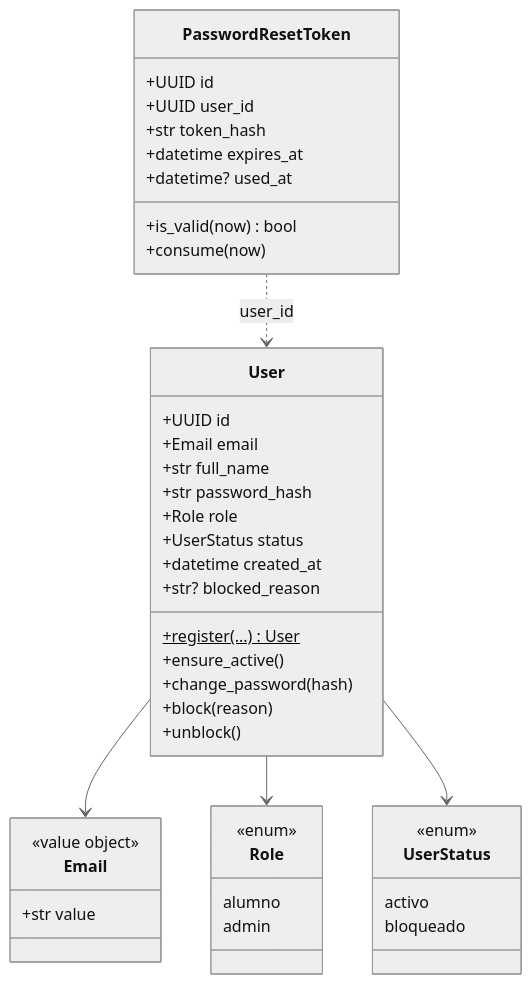
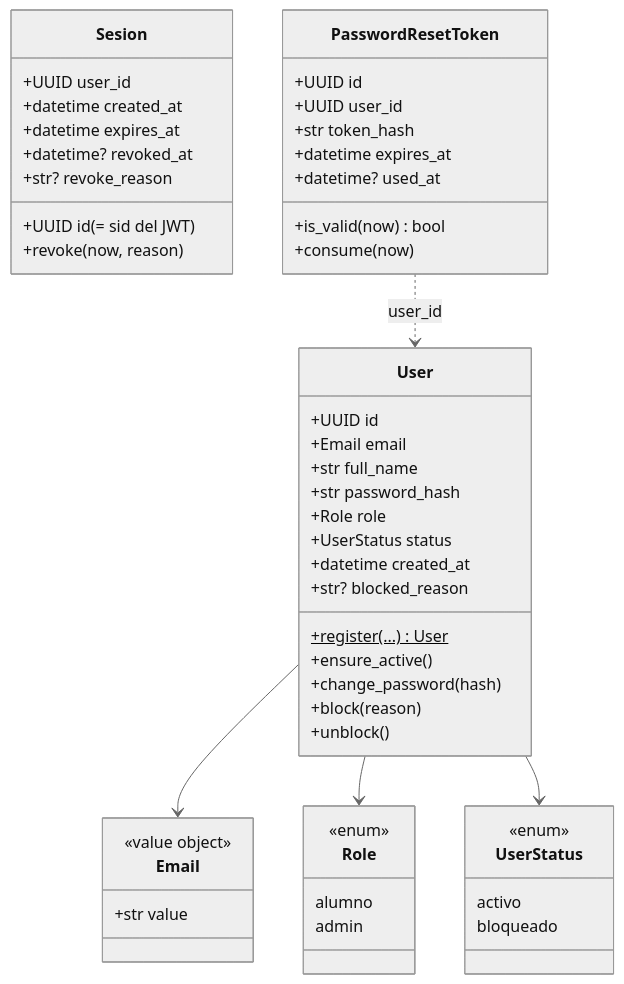
The fourth of 19 diagrams in doc/technical/TECH.md (juantevez/py-pilates), drawn with Mermaid (neutral theme) before and after one commit. The commit also changed other lines of this file and 17 other files, not shown here.

````diff
--- a/doc/technical/TECH.md
+++ b/doc/technical/TECH.md
@@ -294,45 +294,54 @@
 ```mermaid
 classDiagram
     class User {
         +UUID id
         +Email email
         +str full_name
         +str password_hash
         +Role role
         +UserStatus status
         +datetime created_at
         +str? blocked_reason
         +register(...)$ User
         +ensure_active()
         +change_password(hash)
         +block(reason)
         +unblock()
     }
     class Email {
         <<value object>>
         +str value
+    }
+    class Sesion {
+        +UUID id  (= sid del JWT)
+        +UUID user_id
+        +datetime created_at
+        +datetime expires_at
+        +datetime? revoked_at
+        +str? revoke_reason
+        +revoke(now, reason)
     }
     class PasswordResetToken {
         +UUID id
         +UUID user_id
         +str token_hash
         +datetime expires_at
         +datetime? used_at
         +is_valid(now) bool
         +consume(now)
     }
     class Role {
         <<enum>>
         alumno
         admin
     }
     class UserStatus {
         <<enum>>
         activo
         bloqueado
     }
     User --> Email
     User --> Role
     User --> UserStatus
     PasswordResetToken ..> User : user_id
 ```
````
